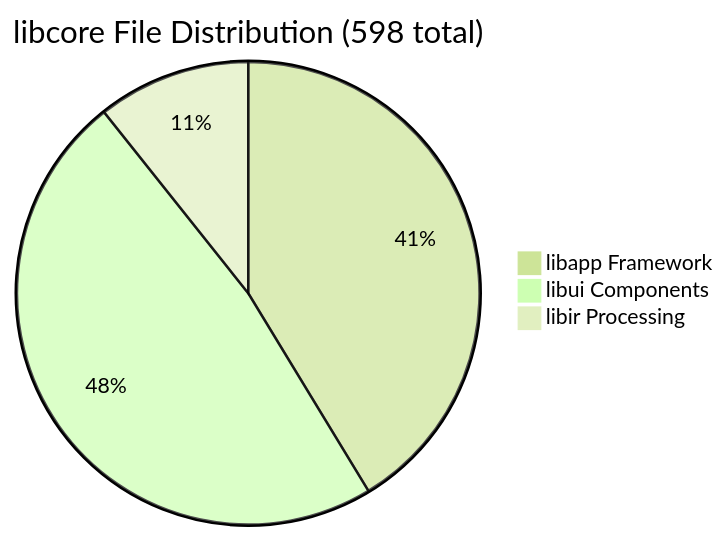
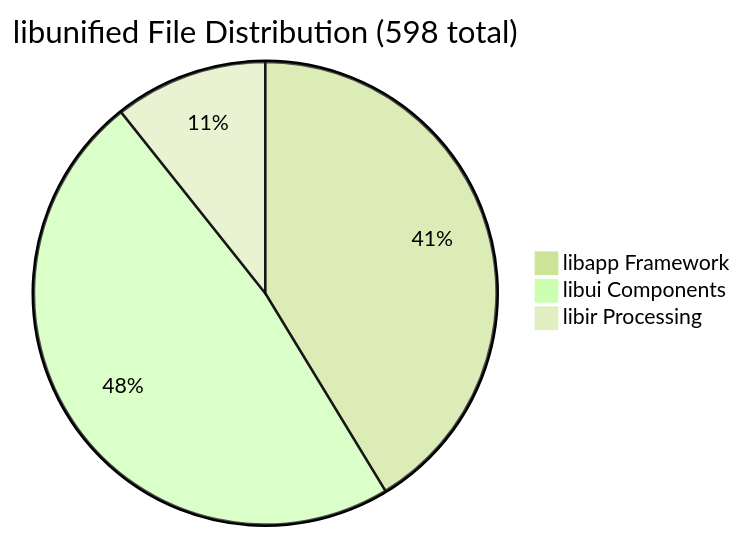
One commit to uclgsr/IRCamera changed diagram 13 of 13 in MERMAID_DIAGRAMS.md. Above: the diagram before and after it, drawn with Mermaid (forest theme). The commit also changed other lines of this file and 7 other files, not shown here.

Commit message:
Remove emojis and update library references from libcore to libunified

````diff
--- a/MERMAID_DIAGRAMS.md
+++ b/MERMAID_DIAGRAMS.md
@@ -597,6 +606,6 @@
 ```mermaid
-pie title libcore File Distribution (598 total)
+pie title libunified File Distribution (598 total)
     "libapp Framework" : 247
     "libui Components" : 287
     "libir Processing" : 64
 ```
````
